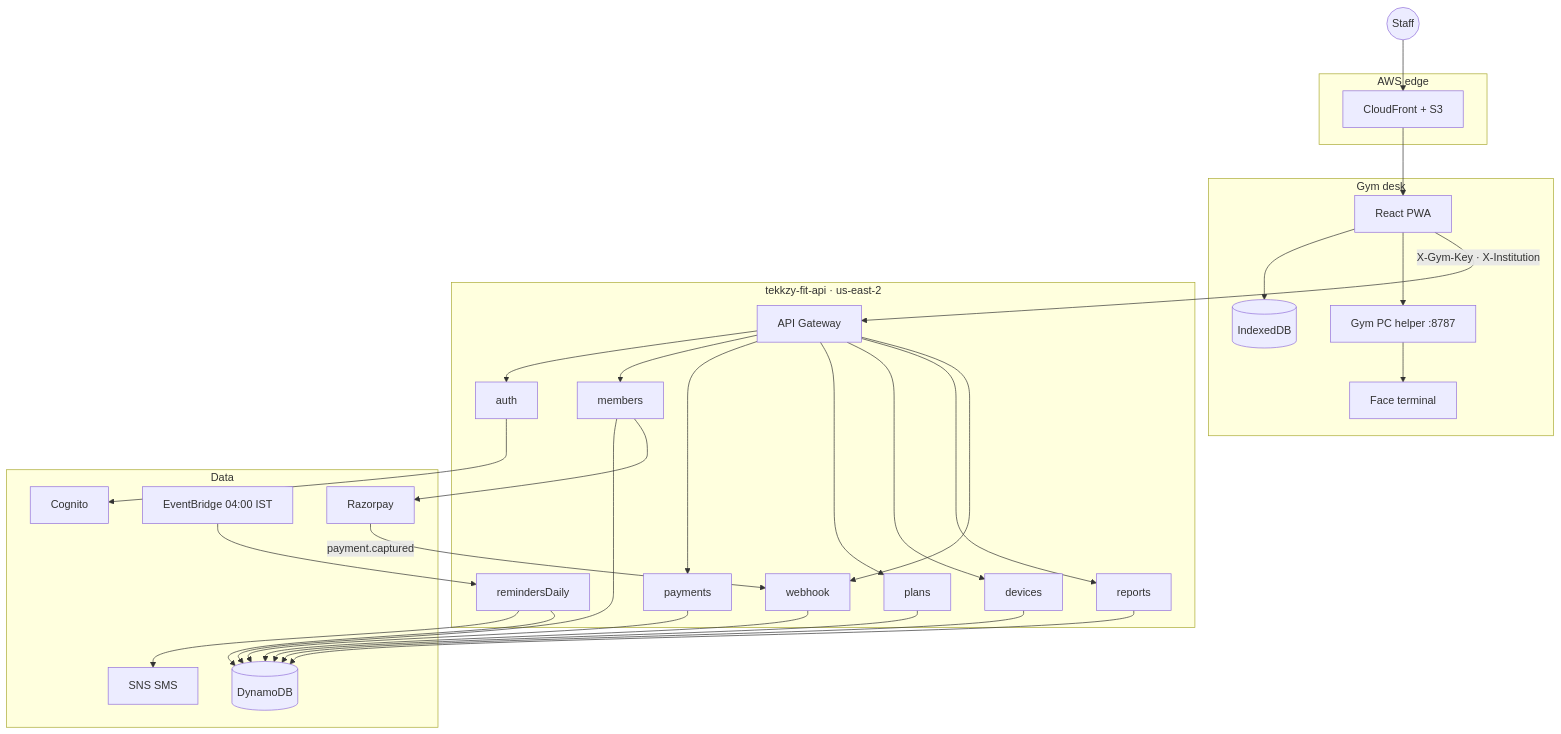
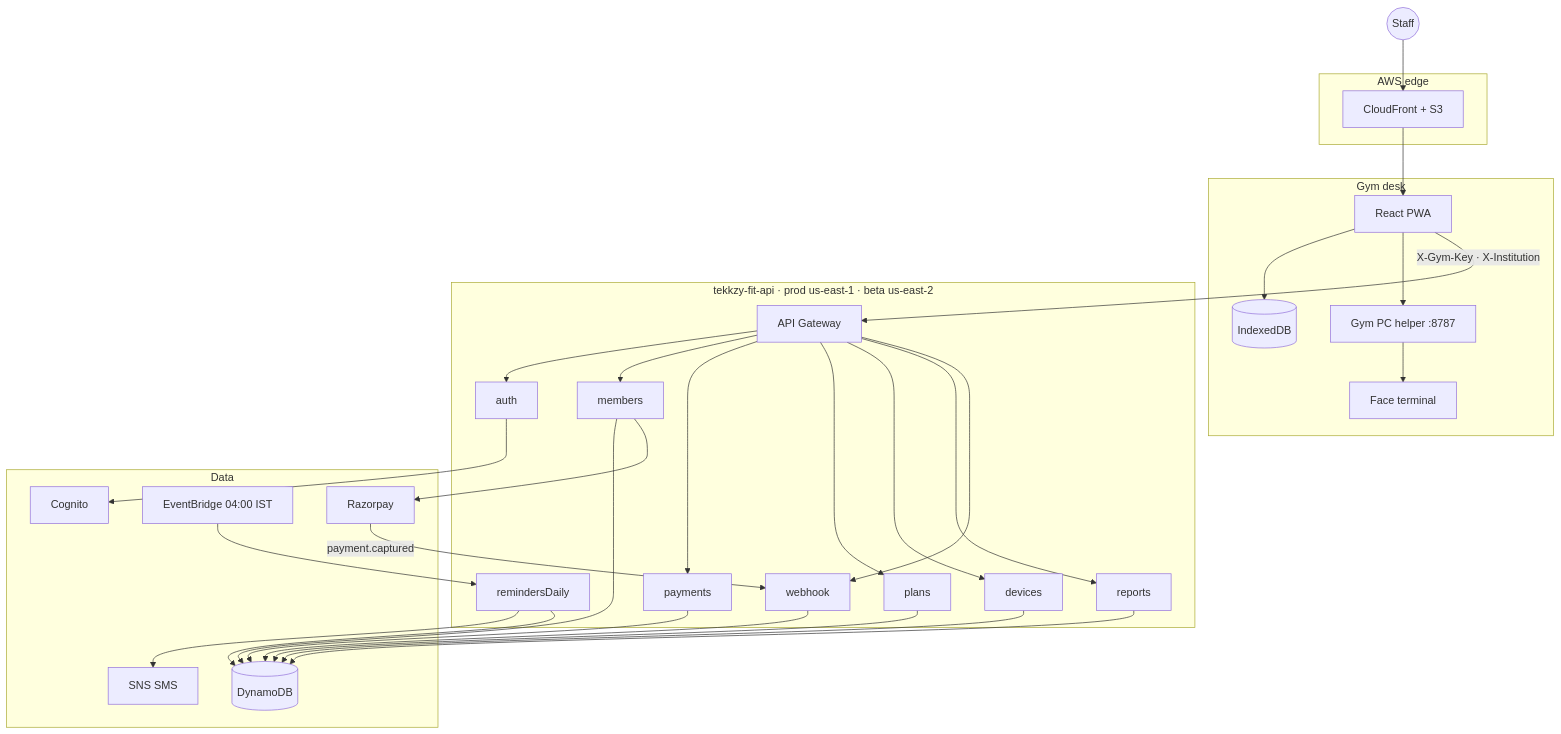
Before and after one commit to Intelligent-Cloud-Applications/tekkzy-fit-frontend: the first of 3 diagrams in README.md, drawn with Mermaid. The commit also changed other lines of this file and 2 other files, not shown here.

Commit message:
Point the prod site at the us-east-1 API.

````diff
--- a/README.md
+++ b/README.md
@@ -30,48 +30,48 @@
 ```mermaid
 flowchart TB
   subgraph desk [Gym desk]
     UI[React PWA]
     IDB[(IndexedDB)]
     Helper[Gym PC helper :8787]
     Terminal[Face terminal]
     UI --> IDB
     UI --> Helper
     Helper --> Terminal
   end
 
   subgraph edge [AWS edge]
     CF[CloudFront + S3]
   end
 
-  subgraph api [tekkzy-fit-api · us-east-2]
+  subgraph api [tekkzy-fit-api · prod us-east-1 · beta us-east-2]
     APIGW[API Gateway]
     Auth[auth]
     Members[members]
     Pay[payments]
     Plans[plans]
     Devices[devices]
     Reports[reports]
     Remind[remindersDaily]
     Hook[webhook]
     APIGW --> Auth & Members & Pay & Plans & Devices & Reports & Hook
   end
 
   subgraph data [Data]
     DDB[(DynamoDB)]
     Cognito[Cognito]
     SNS[SNS SMS]
     EB[EventBridge 04:00 IST]
     RZP[Razorpay]
   end
 
   Staff((Staff)) --> CF --> UI
   UI -->|X-Gym-Key · X-Institution| APIGW
   Auth --> Cognito
   Members & Pay & Plans & Devices & Reports --> DDB
   EB --> Remind
   Remind --> SNS
   Remind --> DDB
   RZP -->|payment.captured| Hook
   Hook --> DDB
   Members --> RZP
 ```
````
